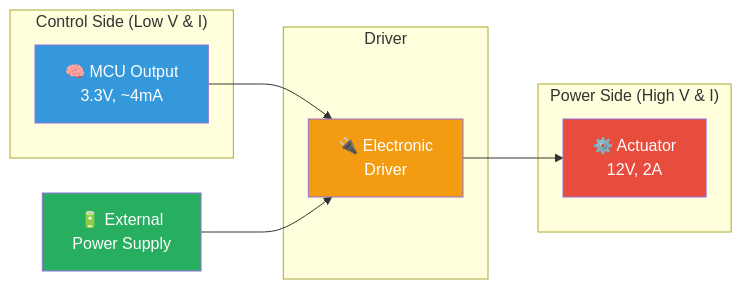
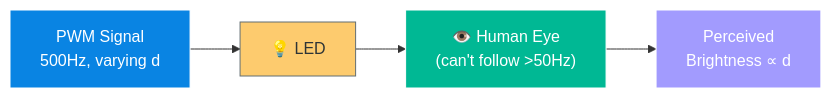
Before and after one commit to affaanq/University-Year1-Notes: the sixth of 13 diagrams in 00_Inbox/01_University/Practical_Computing/Labs/04_Labs.md, drawn with Mermaid. The commit also changed other lines of this file and 2 other files, not shown here.

````diff
--- a/00_Inbox/01_University/Practical_Computing/Labs/04_Labs.md
+++ b/00_Inbox/01_University/Practical_Computing/Labs/04_Labs.md
@@ -259,22 +350,11 @@
 ```mermaid
-graph LR
-    subgraph "Control Side (Low V & I)"
-        MCU["🧠 MCU Output<br/>3.3V, ~4mA"]
-    end
+flowchart LR
+    PWM["PWM Signal\n500Hz, varying d"] --> LED["💡 LED"]
+    LED --> EYE["👁️ Human Eye\n(can't follow >50Hz)"]
+    EYE --> PERCEPTION["Perceived\nBrightness ∝ d"]
 
-    subgraph "Driver"
-        DRV["🔌 Electronic<br/>Driver"]
-    end
-
-    subgraph "Power Side (High V & I)"
-        ACT["⚙️ Actuator<br/>12V, 2A"]
-    end
-
-    MCU --> DRV --> ACT
-    PWR["🔋 External<br/>Power Supply"] --> DRV
-
-    style MCU fill:#3498db,color:#fff
-    style DRV fill:#f39c12,color:#fff
-    style ACT fill:#e74c3c,color:#fff
-    style PWR fill:#27ae60,color:#fff
+    style PWM fill:#0984e3,stroke:#fff,color:#fff
+    style LED fill:#fdcb6e,stroke:#636e72,color:#2d3436
+    style EYE fill:#00b894,stroke:#fff,color:#fff
+    style PERCEPTION fill:#a29bfe,stroke:#fff,color:#fff
 ```
````
